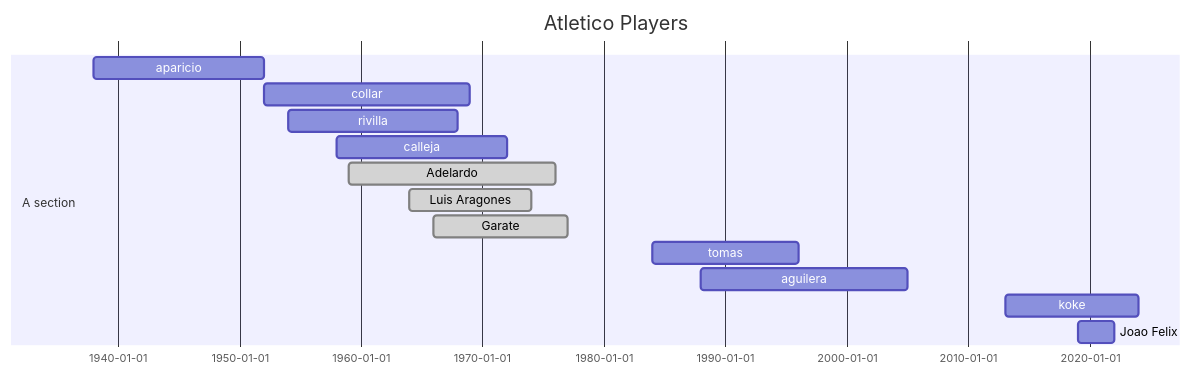
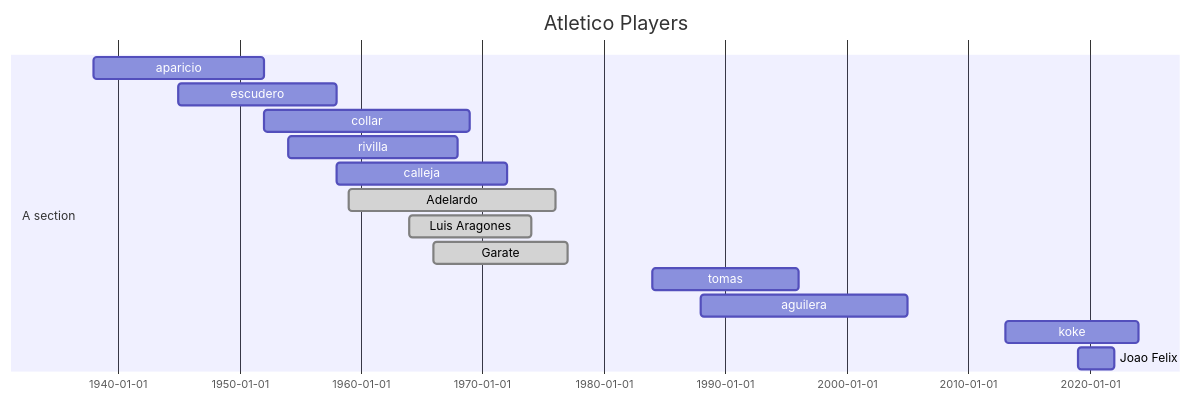
The first of 3 diagrams in README.md (sarnobat/mermaid), drawn with Mermaid before and after one commit.

````diff
--- a/README.md
+++ b/README.md
@@ -8,18 +8,19 @@
 ```mermaid
 gantt
 dateFormat  YYYY
 title Atletico Players
 
 section A section
 aparicio    : 1938,1952
+escudero : 1945,1958
 collar    : 1952,1969
 rivilla    : 1954,1968
 calleja    : 1958,1972
 Adelardo               :done,  1959,1976
 Luis Aragones            :done,    1964,1974
 Garate:done,1966,1977
 tomas    : 1984,1996
 aguilera : 1988 , 2005
 koke    : 2013,2024
 Joao Felix               :         2019, 2022
 ```
````
